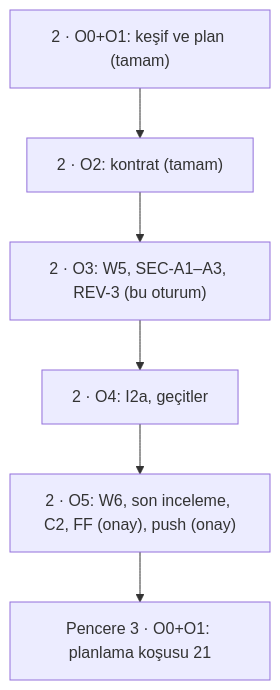
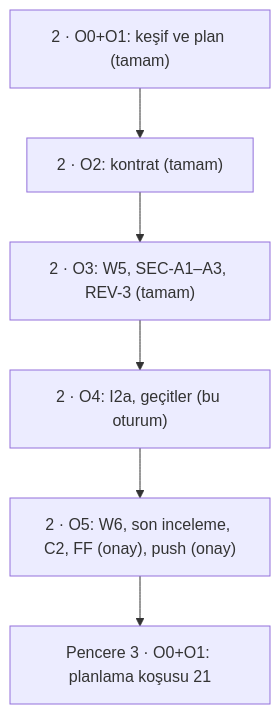
Before and after one commit to ahmetxa/ishtar_cam_modes: the diagram in NEXT_PROMPT.md, drawn with Mermaid. The commit also changed other lines of this file and 3 other files, not shown here.

````diff
--- a/NEXT_PROMPT.md
+++ b/NEXT_PROMPT.md
@@ -104,8 +105,8 @@
 ```mermaid
 flowchart TD
   A["2 · O0+O1: keşif ve plan (tamam)"] --> B["2 · O2: kontrat (tamam)"]
-  B --> C["2 · O3: W5, SEC-A1–A3, REV-3 (bu oturum)"]
-  C --> D["2 · O4: I2a, geçitler"]
+  B --> C["2 · O3: W5, SEC-A1–A3, REV-3 (tamam)"]
+  C --> D["2 · O4: I2a, geçitler (bu oturum)"]
   D --> E["2 · O5: W6, son inceleme, C2, FF (onay), push (onay)"]
   E --> F["Pencere 3 · O0+O1: planlama koşusu 21"]
 ```
````
